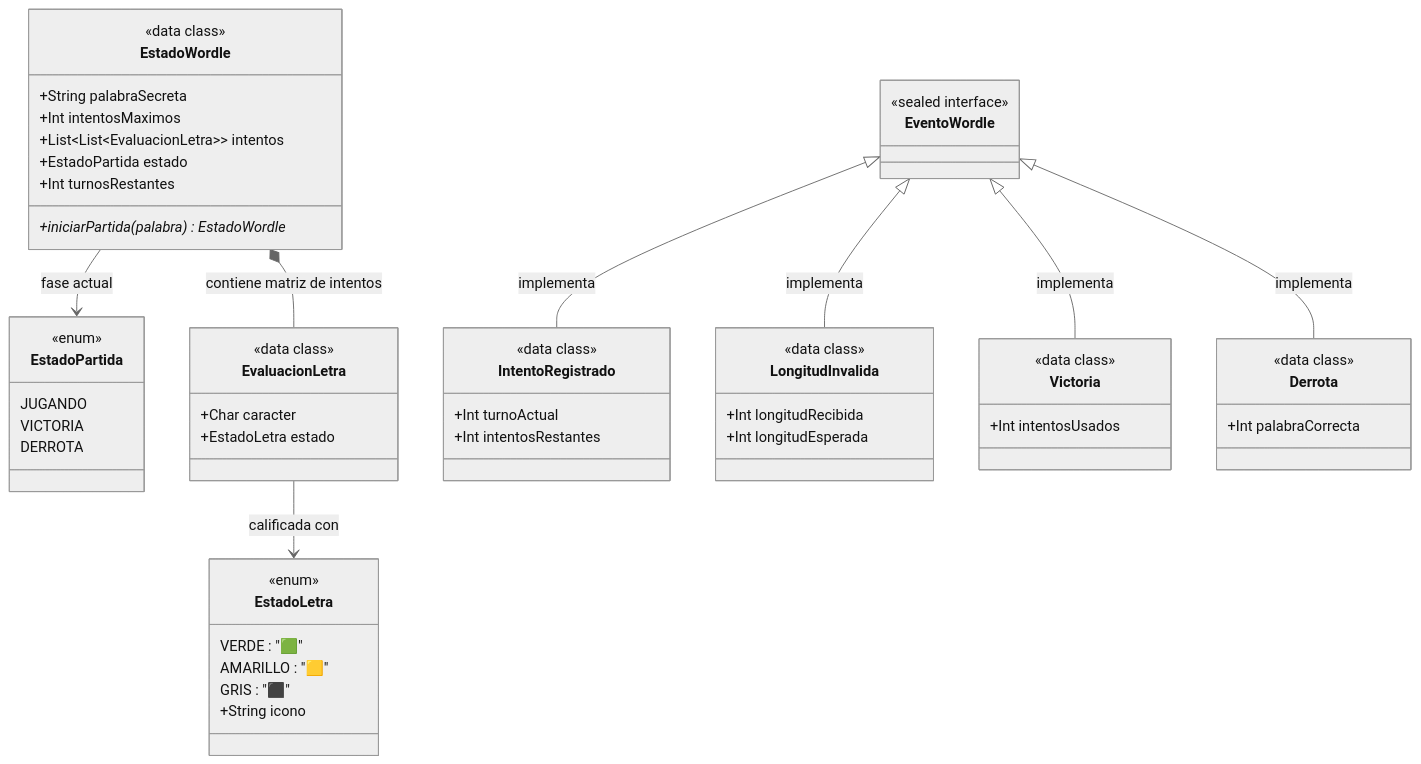
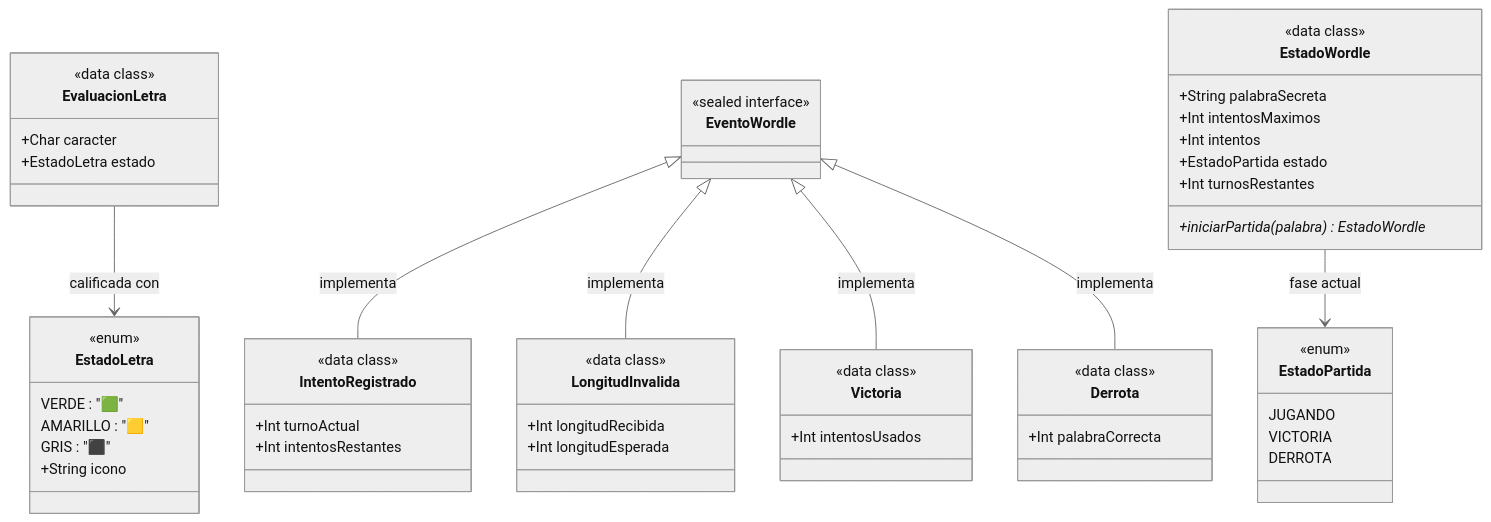
The second of 2 diagrams in docs/temas/00-android/00-kotlin/ejercicios/03-poo-sealed-types.md (jssdocente/pmdm2627d), drawn with Mermaid (neutral theme) before and after one commit. The commit also changed other lines of this file and 1 other file, not shown here.

Commit message:
docs(kotlin): simplificar intentos a contador entero en reto wordle y usar map en renderizado

````diff
--- a/docs/temas/00-android/00-kotlin/ejercicios/03-poo-sealed-types.md
+++ b/docs/temas/00-android/00-kotlin/ejercicios/03-poo-sealed-types.md
@@ -1995,68 +1995,67 @@
     ```mermaid
     classDiagram
         class EstadoLetra {
             <<enum>>
             VERDE : "🟩"
             AMARILLO : "🟨"
             GRIS : "⬛"
             +String icono
         }
 
         class EstadoPartida {
             <<enum>>
             JUGANDO
             VICTORIA
             DERROTA
         }
 
         class EvaluacionLetra {
             <<data class>>
             +Char caracter
             +EstadoLetra estado
         }
 
         class EventoWordle {
             <<sealed interface>>
         }
 
         class IntentoRegistrado {
             <<data class>>
             +Int turnoActual
             +Int intentosRestantes
         }
 
         class LongitudInvalida {
             <<data class>>
             +Int longitudRecibida
             +Int longitudEsperada
         }
 
         class Victoria {
             <<data class>>
             +Int intentosUsados
         }
 
         class Derrota {
             <<data class>>
             +Int palabraCorrecta
         }
 
         EventoWordle <|-- IntentoRegistrado : implementa
         EventoWordle <|-- LongitudInvalida : implementa
         EventoWordle <|-- Victoria : implementa
         EventoWordle <|-- Derrota : implementa
 
         class EstadoWordle {
             <<data class>>
             +String palabraSecreta
             +Int intentosMaximos
-            +List~List~EvaluacionLetra~~ intentos
+            +Int intentos
             +EstadoPartida estado
             +Int turnosRestantes
             +iniciarPartida(palabra)* EstadoWordle
         }
 
-        EstadoWordle *-- EvaluacionLetra : contiene matriz de intentos
         EstadoWordle --> EstadoPartida : fase actual
         EvaluacionLetra --> EstadoLetra : calificada con
     ```
````
